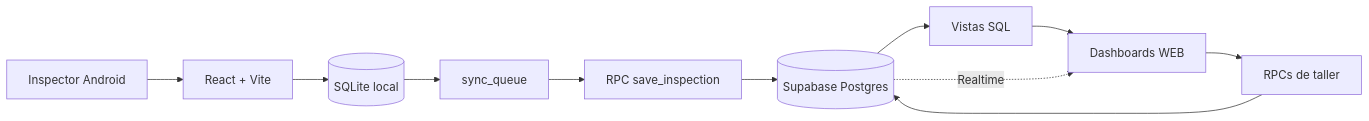
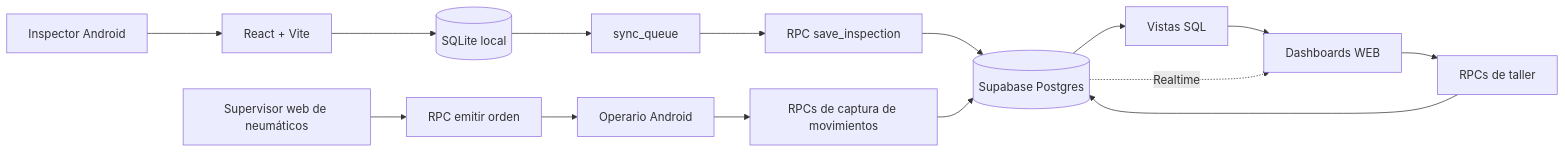
The diagram in knowledge/ai/03 - Arquitectura del sistema.md (vinelt76/RENOVA-INSPECTOR), drawn with Mermaid before and after one commit. The commit also changed other lines of this file and 274 other files, not shown here.

````diff
--- a/knowledge/ai/03 - Arquitectura del sistema.md
+++ b/knowledge/ai/03 - Arquitectura del sistema.md
@@ -10,13 +10,17 @@
 ```mermaid
 flowchart LR
   I[Inspector Android] --> UI[React + Vite]
   UI --> DB[(SQLite local)]
   DB --> Q[sync_queue]
   Q --> RPC[RPC save_inspection]
   RPC --> PG[(Supabase Postgres)]
+  S[Supervisor web de neumáticos] --> O[RPC emitir orden]
+  O --> OP[Operario Android]
+  OP --> MR[RPCs de captura de movimientos]
+  MR --> PG
   PG --> V[Vistas SQL]
   V --> W[Dashboards WEB]
   W --> T[RPCs de taller]
   T --> PG
   PG -. Realtime .-> W
 ```
````
